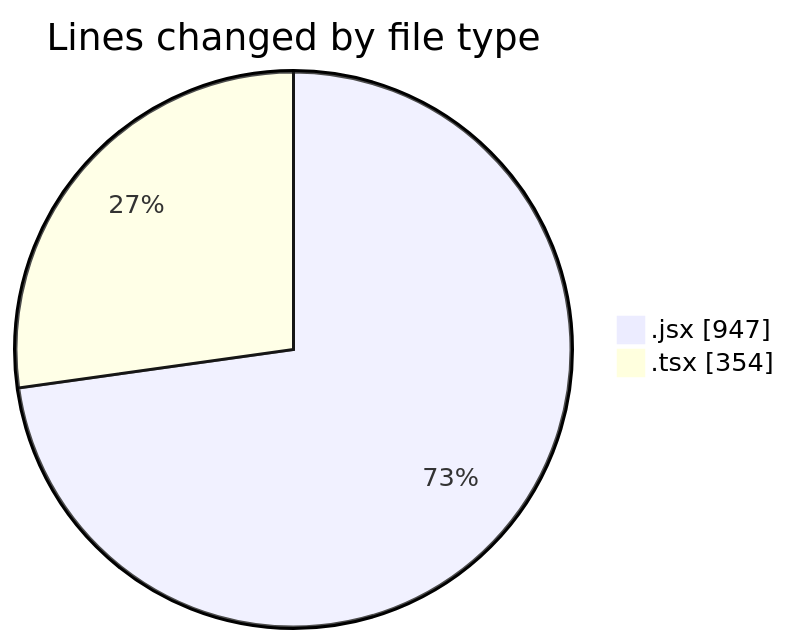
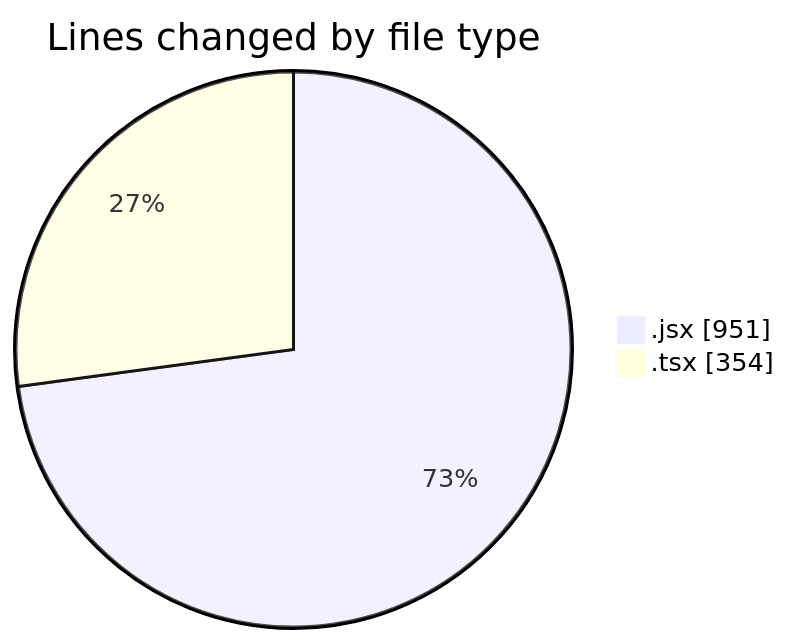
Before and after one commit to momahboobian/code-tracking: the first of 2 diagrams in 2026-02-16/cda/README.md, drawn with Mermaid. The commit also changed other lines of this file and 1 other file, not shown here.

````diff
--- a/2026-02-16/cda/README.md
+++ b/2026-02-16/cda/README.md
@@ -25,6 +25,6 @@
 ```mermaid
 pie showData
 title Lines changed by file type
-".jsx" : 947
+".jsx" : 951
 ".tsx" : 354
 ```
````
